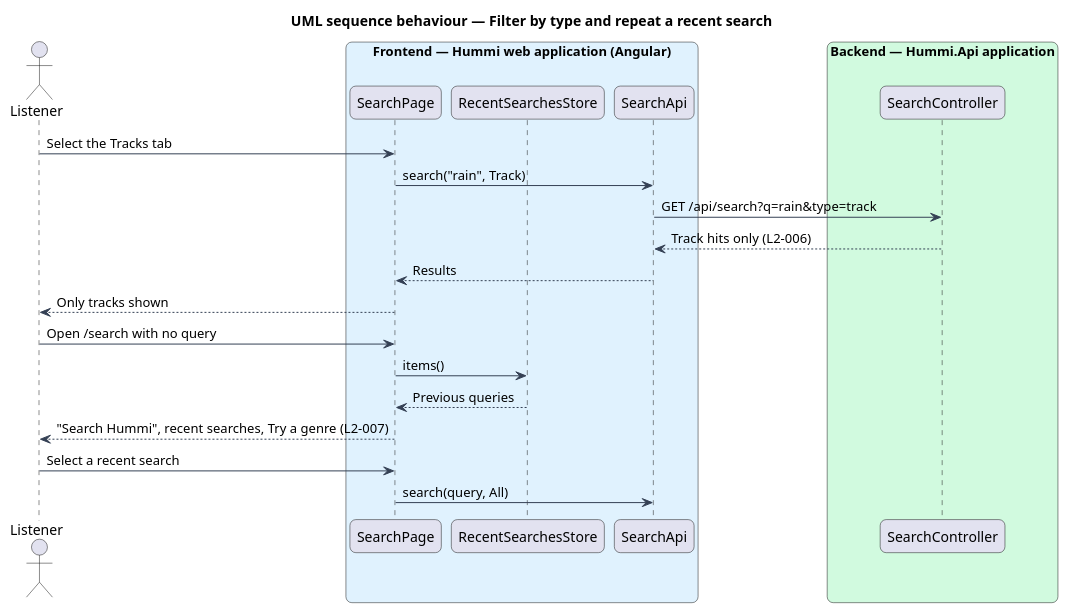
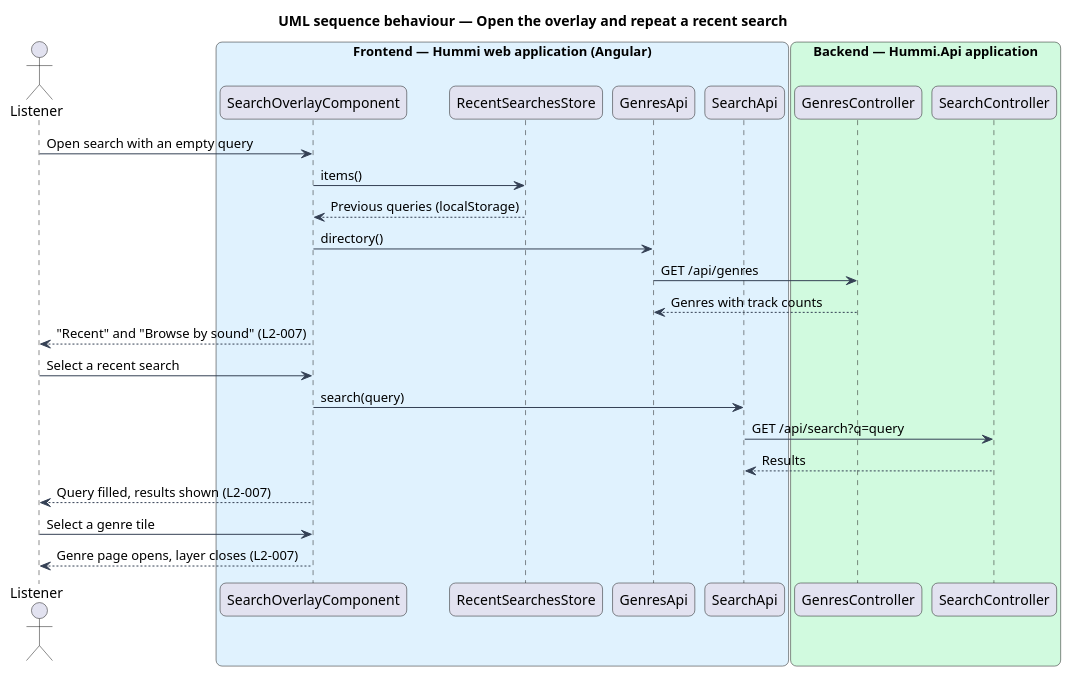
Before and after one commit to QuinntyneBrown/hummi: the diagram in docs/detailed-designs/search/search-catalogue/diagrams/sequence-filter-and-empty.puml, drawn with PlantUML. The commit also changed 122 other files, not shown here.

First line of the commit message:
Search the catalogue: header search overlay over songs and artists

```diff
--- a/docs/detailed-designs/search/search-catalogue/diagrams/sequence-filter-and-empty.puml
+++ b/docs/detailed-designs/search/search-catalogue/diagrams/sequence-filter-and-empty.puml
@@ -1,38 +1,42 @@
 @startuml
-title UML sequence behaviour — Filter by type and repeat a recent search
+title UML sequence behaviour — Open the overlay and repeat a recent search
 skinparam backgroundColor #FFFFFF
 skinparam shadowing false
 skinparam roundcorner 12
 skinparam defaultFontName Arial
 skinparam ArrowColor #344054
 skinparam rectangle {
   BorderColor #344054
   FontColor #101828
 }
 skinparam package {
   BorderColor #667085
   FontColor #101828
   BackgroundColor #F9FAFB
 }
 actor "Listener" as u
 box "Frontend — Hummi web application (Angular)" #E0F2FE
-  participant "SearchPage" as page
+  participant "SearchOverlayComponent" as overlay
   participant "RecentSearchesStore" as recent
+  participant "GenresApi" as genres
   participant "SearchApi" as client
 end box
 box "Backend — Hummi.Api application" #D1FADF
+  participant "GenresController" as gctl
   participant "SearchController" as ctl
 end box
-u -> page : Select the Tracks tab
-page -> client : search("rain", Track)
-client -> ctl : GET /api/search?q=rain&type=track
-ctl --> client : Track hits only (L2-006)
-client --> page : Results
-page --> u : Only tracks shown
-u -> page : Open /search with no query
-page -> recent : items()
-recent --> page : Previous queries
-page --> u : "Search Hummi", recent searches, Try a genre (L2-007)
-u -> page : Select a recent search
-page -> client : search(query, All)
+u -> overlay : Open search with an empty query
+overlay -> recent : items()
+recent --> overlay : Previous queries (localStorage)
+overlay -> genres : directory()
+genres -> gctl : GET /api/genres
+gctl --> genres : Genres with track counts
+overlay --> u : "Recent" and "Browse by sound" (L2-007)
+u -> overlay : Select a recent search
+overlay -> client : search(query)
+client -> ctl : GET /api/search?q=query
+ctl --> client : Results
+overlay --> u : Query filled, results shown (L2-007)
+u -> overlay : Select a genre tile
+overlay --> u : Genre page opens, layer closes (L2-007)
 @enduml
```
